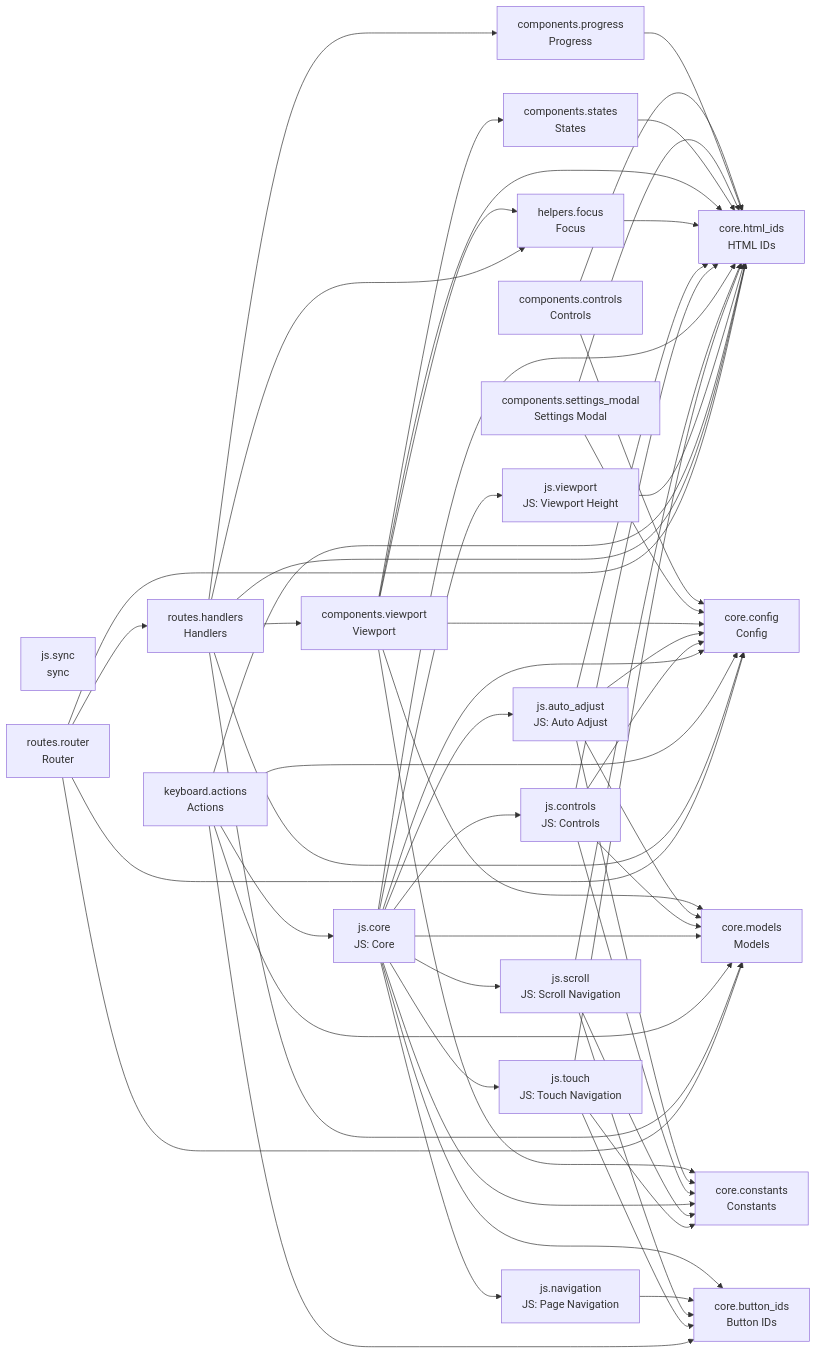
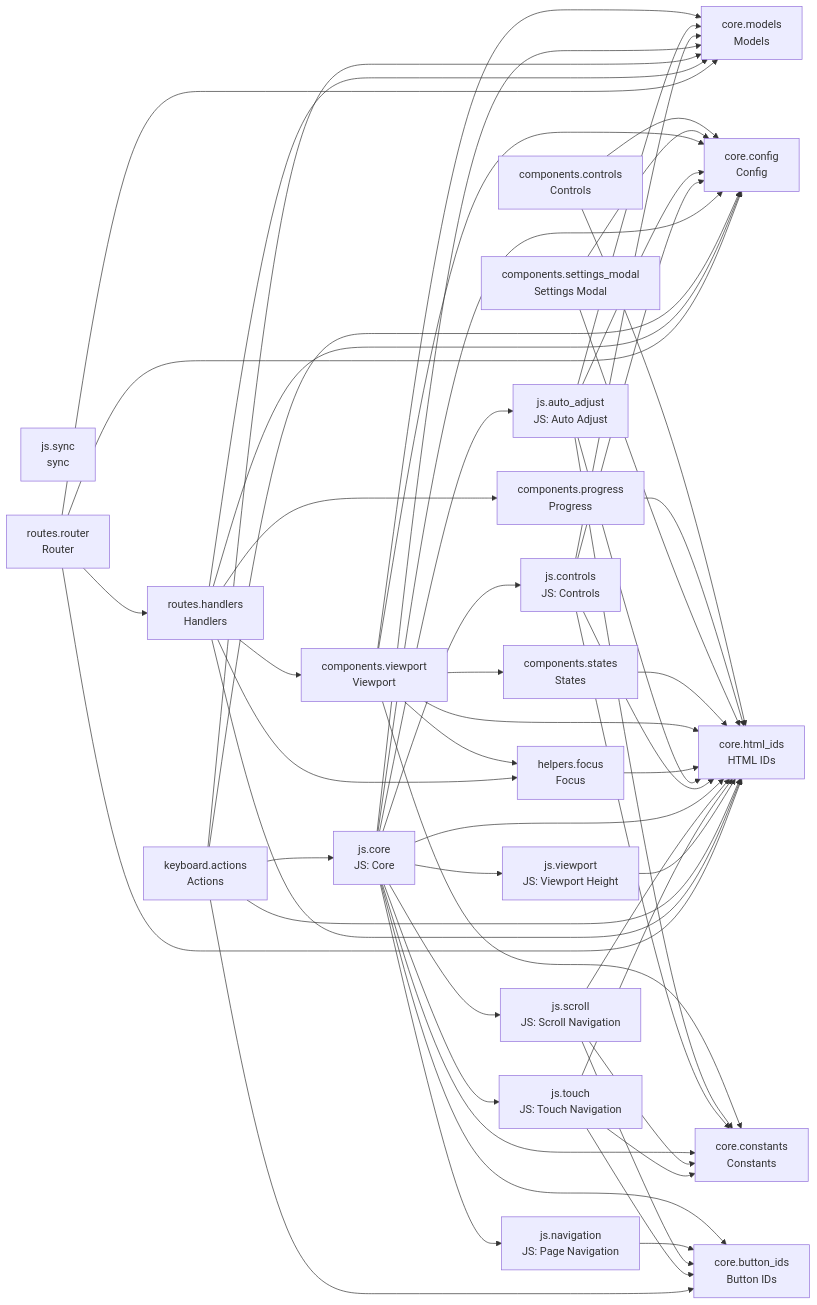
Before and after one commit to cj-mills/cjm-fasthtml-card-stack: the diagram in README.md, drawn with Mermaid. The commit also changed other lines of this file and 4 other files, not shown here.

````diff
--- a/README.md
+++ b/README.md
@@ -48,81 +48,81 @@
 ``` mermaid
 graph LR
     components_controls[components.controls<br/>Controls]
     components_progress[components.progress<br/>Progress]
     components_settings_modal[components.settings_modal<br/>Settings Modal]
     components_states[components.states<br/>States]
     components_viewport[components.viewport<br/>Viewport]
     core_button_ids[core.button_ids<br/>Button IDs]
     core_config[core.config<br/>Config]
     core_constants[core.constants<br/>Constants]
     core_html_ids[core.html_ids<br/>HTML IDs]
     core_models[core.models<br/>Models]
     helpers_focus[helpers.focus<br/>Focus]
     js_auto_adjust[js.auto_adjust<br/>JS: Auto Adjust]
     js_controls[js.controls<br/>JS: Controls]
     js_core[js.core<br/>JS: Core]
     js_navigation[js.navigation<br/>JS: Page Navigation]
     js_scroll[js.scroll<br/>JS: Scroll Navigation]
     js_sync[js.sync<br/>sync]
     js_touch[js.touch<br/>JS: Touch Navigation]
     js_viewport[js.viewport<br/>JS: Viewport Height]
     keyboard_actions[keyboard.actions<br/>Actions]
     routes_handlers[routes.handlers<br/>Handlers]
     routes_router[routes.router<br/>Router]
 
+    components_controls --> core_config
     components_controls --> core_html_ids
-    components_controls --> core_config
     components_progress --> core_html_ids
+    components_settings_modal --> core_config
     components_settings_modal --> core_html_ids
-    components_settings_modal --> core_config
     components_states --> core_html_ids
+    components_viewport --> core_models
+    components_viewport --> core_config
+    components_viewport --> components_states
+    components_viewport --> helpers_focus
+    components_viewport --> core_constants
     components_viewport --> core_html_ids
-    components_viewport --> helpers_focus
-    components_viewport --> core_config
-    components_viewport --> core_models
-    components_viewport --> components_states
-    components_viewport --> core_constants
     helpers_focus --> core_html_ids
     js_auto_adjust --> core_models
+    js_auto_adjust --> core_constants
     js_auto_adjust --> core_html_ids
     js_auto_adjust --> core_config
-    js_auto_adjust --> core_constants
+    js_controls --> core_constants
     js_controls --> core_models
-    js_controls --> core_constants
     js_controls --> core_html_ids
     js_controls --> core_config
+    js_core --> js_scroll
     js_core --> core_constants
+    js_core --> js_controls
+    js_core --> core_models
+    js_core --> core_config
+    js_core --> js_navigation
     js_core --> js_auto_adjust
+    js_core --> core_button_ids
+    js_core --> js_touch
     js_core --> core_html_ids
-    js_core --> js_navigation
-    js_core --> js_controls
-    js_core --> js_scroll
-    js_core --> core_config
-    js_core --> js_touch
-    js_core --> core_models
     js_core --> js_viewport
-    js_core --> core_button_ids
     js_navigation --> core_button_ids
     js_scroll --> core_constants
+    js_scroll --> core_button_ids
     js_scroll --> core_html_ids
-    js_scroll --> core_button_ids
     js_touch --> core_constants
+    js_touch --> core_button_ids
     js_touch --> core_html_ids
-    js_touch --> core_button_ids
     js_viewport --> core_html_ids
+    keyboard_actions --> core_models
+    keyboard_actions --> core_config
+    keyboard_actions --> core_button_ids
+    keyboard_actions --> js_core
     keyboard_actions --> core_html_ids
-    keyboard_actions --> core_config
-    keyboard_actions --> js_core
-    keyboard_actions --> core_models
-    keyboard_actions --> core_button_ids
-    routes_handlers --> core_html_ids
+    routes_handlers --> core_models
     routes_handlers --> components_viewport
     routes_handlers --> core_config
-    routes_handlers --> core_models
     routes_handlers --> components_progress
     routes_handlers --> helpers_focus
+    routes_handlers --> core_html_ids
+    routes_router --> routes_handlers
+    routes_router --> core_models
+    routes_router --> core_config
     routes_router --> core_html_ids
-    routes_router --> routes_handlers
-    routes_router --> core_config
-    routes_router --> core_models
 ```
````
